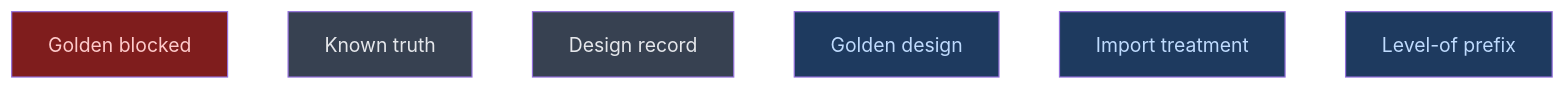
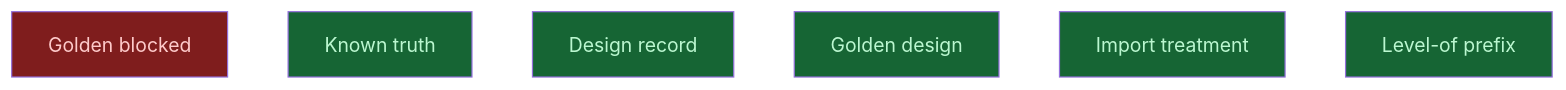
Before and after one commit to CrackingShells/Candler: the diagram in __roadmap__/m6a-paired-stats/resolve/wired/proven/README.md, drawn with Mermaid. The commit also changed other lines of this file and 3 other files, not shown here.

````diff
--- a/__roadmap__/m6a-paired-stats/resolve/wired/proven/README.md
+++ b/__roadmap__/m6a-paired-stats/resolve/wired/proven/README.md
@@ -21,14 +21,14 @@
 ```mermaid
 graph TD
     golden_blocked[Golden blocked]:::blocked
-    known_truth[Known truth]:::planned
-    design_record[Design record]:::planned
-    golden_design[Golden design]:::amendment
-    import_treatment[Import treatment]:::amendment
-    level_of_prefix[Level-of prefix]:::amendment
+    known_truth[Known truth]:::done
+    design_record[Design record]:::done
+    golden_design[Golden design]:::done
+    import_treatment[Import treatment]:::done
+    level_of_prefix[Level-of prefix]:::done
     classDef done       fill:#166534,color:#bbf7d0
     classDef inprogress fill:#854d0e,color:#fef08a
     classDef planned    fill:#374151,color:#e5e7eb
     classDef amendment  fill:#1e3a5f,color:#bfdbfe
     classDef blocked    fill:#7f1d1d,color:#fecaca
 ```
````
